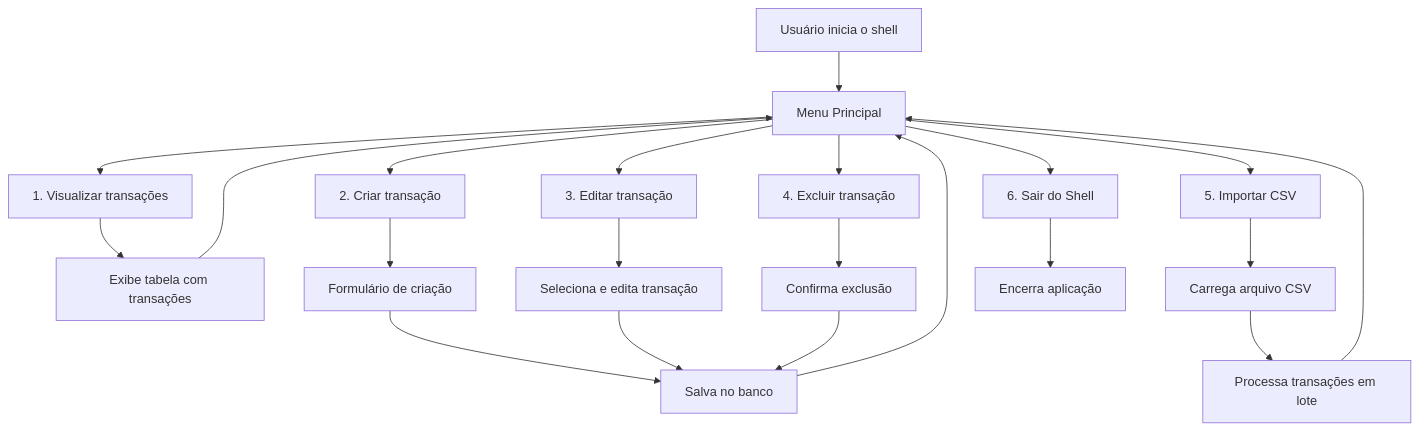
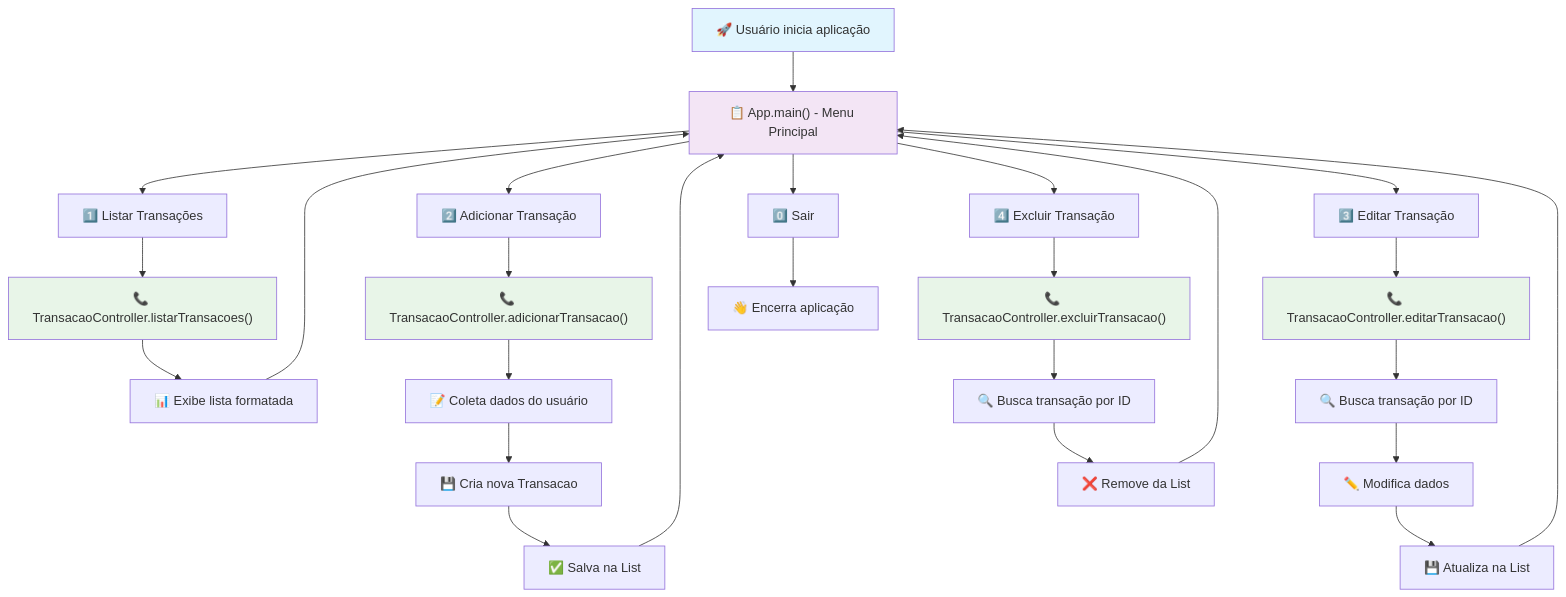
One commit to filoroch/tui-sistema-financeiro changed the first of 2 diagrams in README.md. Above: the diagram before and after it, drawn with Mermaid. The commit also changed other lines of this file, not shown here.

Commit message:
docs: atualiza README com arquitetura, fluxos e diagramas Mermaiddocs: atualiza README com arquitetura, fluxos e diagramas MermaidUpdate README.md

````diff
--- a/README.md
+++ b/README.md
@@ -49,26 +38,39 @@
 ```mermaid
 flowchart TD
-    A[Usuário inicia o shell] --> B[Menu Principal]
-    B --> C[1. Visualizar transações]
-    B --> D[2. Criar transação]
-    B --> E[3. Editar transação]
-    B --> F[4. Excluir transação]
-    B --> G[5. Importar CSV]
-    B --> H[6. Sair do Shell]
+    A["🚀 Usuário inicia aplicação"] --> B["📋 App.main() - Menu Principal"]
+    B --> C["1️⃣ Listar Transações"]
+    B --> D["2️⃣ Adicionar Transação"]
+    B --> E["3️⃣ Editar Transação"]
+    B --> F["4️⃣ Excluir Transação"]
+    B --> G["0️⃣ Sair"]
     
-    C --> I[Exibe tabela com transações]
-    D --> J[Formulário de criação]
-    E --> K[Seleciona e edita transação]
-    F --> L[Confirma exclusão]
-    G --> M[Carrega arquivo CSV]
+    C --> H["📞 TransacaoController.listarTransacoes()"]
+    H --> I["📊 Exibe lista formatada"]
+    I --> B
     
-    I --> B
-    J --> N[Salva no banco]
-    K --> N
-    L --> N
-    M --> O[Processa transações em lote]
+    D --> J["📞 TransacaoController.adicionarTransacao()"]
+    J --> K["📝 Coleta dados do usuário"]
+    K --> L["💾 Cria nova Transacao"]
+    L --> M["✅ Salva na List<Transacao>"]
+    M --> B
     
-    N --> B
-    O --> B
-    H --> P[Encerra aplicação]
+    E --> N["📞 TransacaoController.editarTransacao()"]
+    N --> O["🔍 Busca transação por ID"]
+    O --> P["✏️ Modifica dados"]
+    P --> Q["💾 Atualiza na List<Transacao>"]
+    Q --> B
+    
+    F --> R["📞 TransacaoController.excluirTransacao()"]
+    R --> S["🔍 Busca transação por ID"]
+    S --> T["❌ Remove da List<Transacao>"]
+    T --> B
+    
+    G --> U["👋 Encerra aplicação"]
+    
+    style A fill:#e1f5fe
+    style B fill:#f3e5f5
+    style H fill:#e8f5e8
+    style J fill:#e8f5e8
+    style N fill:#e8f5e8
+    style R fill:#e8f5e8
 ```
````
